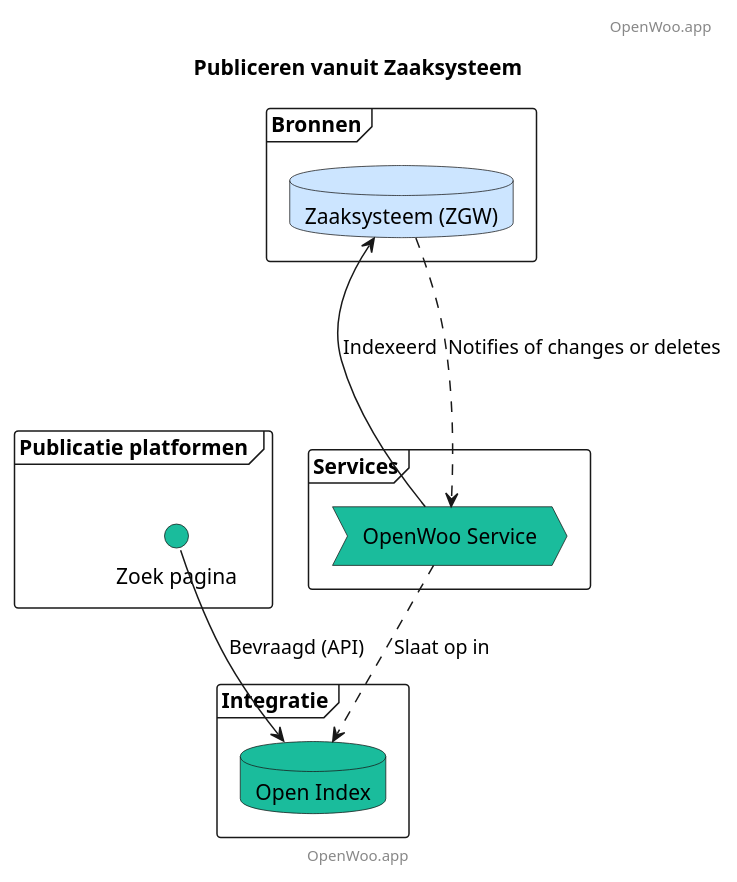
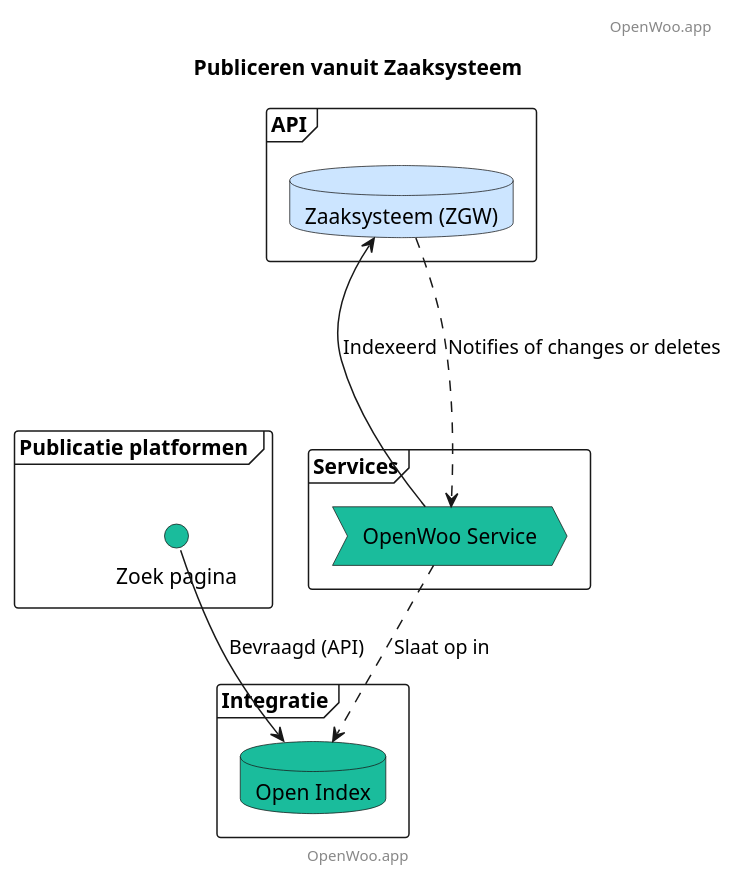
One commit to ConductionNL/woo-website-template changed the diagram in docs/VanuitZaakSysteem.puml. Above: the diagram before and after it, drawn with PlantUML. The commit also changed 7 other files, not shown here.

```diff
--- a/docs/VanuitZaakSysteem.puml
+++ b/docs/VanuitZaakSysteem.puml
@@ -1,32 +1,32 @@
 @startuml
 title Publiceren vanuit Zaaksysteem
 footer: OpenWoo.app
 header: OpenWoo.app
 
 ' Publicatie platformen (Laag 5 UI)
 frame "Publicatie platformen " {
     interface "Zoek pagina" as Searchsite #1abc9c
 }
 
 ' Services(Laag 4)
 frame "Services" {
     process "OpenWoo Service"  as OWS #1abc9c
 }
 
 ' Integratie (Laag 3)
 frame "Integratie" {
     database "Open Index"  as OI #1abc9c
 }
 
 ' Bronnen (Laag 2)
-frame "Bronnen" {
+frame "API" {
     database "Zaaksysteem (ZGW)" as ZRC #cce5ff
 }
 
 
 Searchsite -down-> OI : Bevraagd (API)
 OWS -down-> ZRC: Indexeerd
 OWS ..> OI: Slaat op in
 ZRC ..-> OWS : Notifies of changes or deletes
 
 @enduml
```
